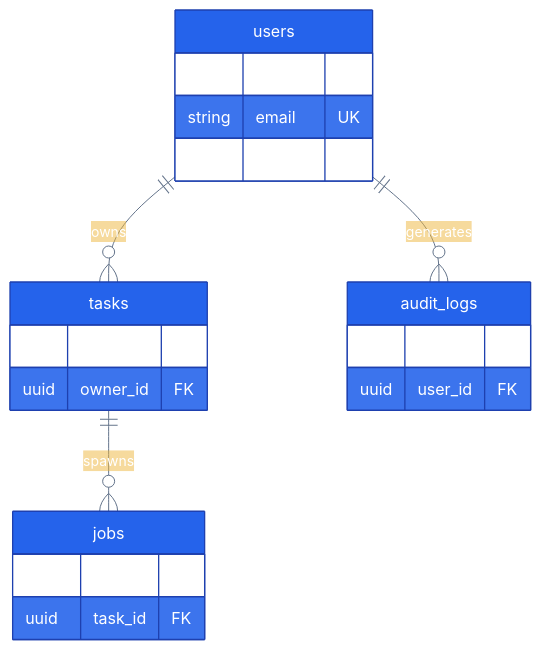
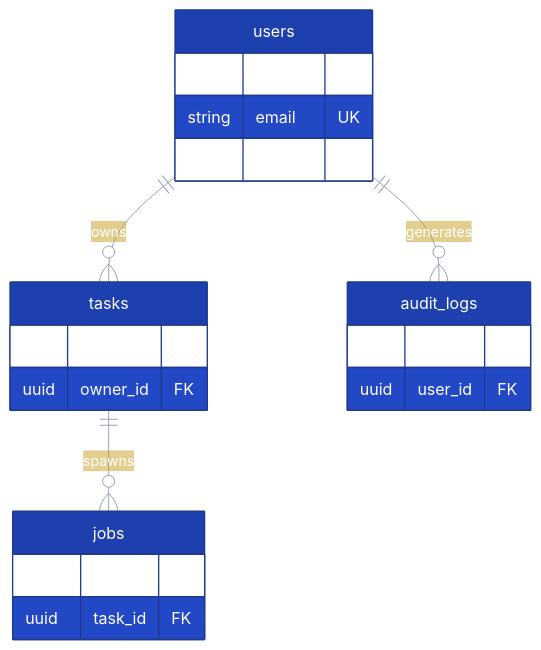
One commit to adwibha/cortex-api changed the sixth of 7 diagrams in README.md. Above: the diagram before and after it, drawn with Mermaid.

Commit message:
fix(docs): make ERD attribute rows dark so white text is legible on both themes

````diff
--- a/README.md
+++ b/README.md
@@ -389,28 +389,28 @@
 ```mermaid
-%%{init: {'theme': 'base', 'themeVariables': {'primaryColor': '#2563eb', 'primaryTextColor': '#ffffff', 'primaryBorderColor': '#1e40af', 'lineColor': '#64748b', 'fillType0': '#2563eb', 'fillType1': '#059669', 'fillType2': '#d97706', 'fillType3': '#7c3aed', 'attributeBackgroundColorEven': '#f8fafc', 'attributeBackgroundColorOdd': '#f1f5f9'}}}%%
+%%{init: {'theme': 'base', 'themeVariables': {'primaryColor': '#1e40af', 'primaryTextColor': '#ffffff', 'primaryBorderColor': '#1e3a8a', 'lineColor': '#94a3b8', 'fillType0': '#1e40af', 'fillType1': '#065f46', 'fillType2': '#92400e', 'fillType3': '#4c1d95', 'attributeBackgroundColorEven': '#1e293b', 'attributeBackgroundColorOdd': '#263248'}}}%%
 erDiagram
     users {
         uuid   id      PK
         string email   UK
         string api_key UK
     }
 
     tasks {
         uuid id       PK
         uuid owner_id FK
     }
 
     jobs {
         string id      PK
         uuid   task_id FK
     }
 
     audit_logs {
         uuid id      PK
         uuid user_id FK
     }
 
     users ||--o{ tasks      : "owns"
     tasks ||--o{ jobs       : "spawns"
     users ||--o{ audit_logs : "generates"
 ```
````
